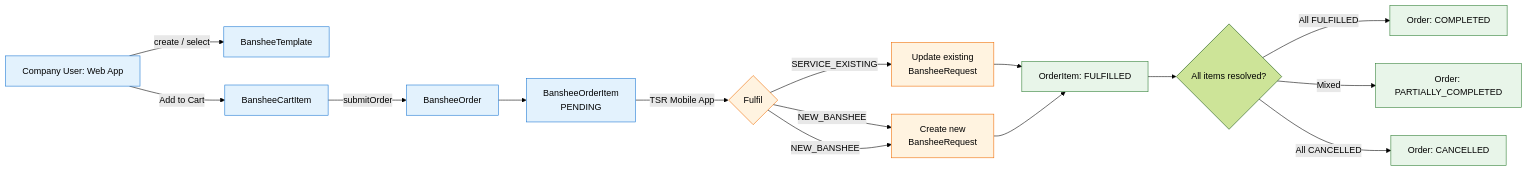
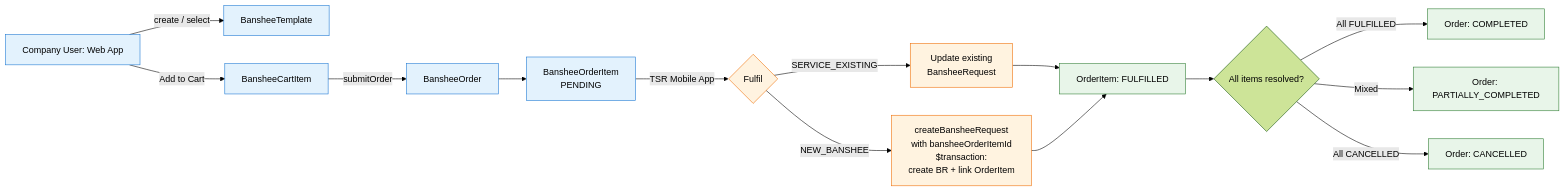
Before and after one commit to omikking/iot-device: the tenth of 21 diagrams in docs/techinal-design-document.md, drawn with Mermaid (forest theme). The commit also changed other lines of this file and 8 other files, not shown here.

````diff
--- a/docs/techinal-design-document.md
+++ b/docs/techinal-design-document.md
@@ -1018,24 +1018,23 @@
 ```mermaid
 flowchart LR
     A[Company User: Web App] -->|create / select| T[BansheeTemplate]
     A -->|Add to Cart| C[BansheeCartItem]
     C -->|submitOrder| O[BansheeOrder]
     O --> OI[BansheeOrderItem<br/>PENDING]
     OI -->|TSR Mobile App| TSR{Fulfil}
     TSR -->|SERVICE_EXISTING| BR1[Update existing<br/>BansheeRequest]
     TSR -->|NEW_BANSHEE| BR2[createBansheeRequest<br/>with bansheeOrderItemId<br/>$transaction:<br/>create BR + link OrderItem]
-    TSR -->|NEW_BANSHEE| BR2[Create new<br/>BansheeRequest]
     BR1 --> F[OrderItem: FULFILLED]
     BR2 --> F
     F --> RC{All items resolved?}
     RC -->|All FULFILLED| OC[Order: COMPLETED]
     RC -->|Mixed| OP[Order: PARTIALLY_COMPLETED]
     RC -->|All CANCELLED| OX[Order: CANCELLED]
 
     classDef company fill:#e3f2fd,stroke:#1976d2;
     classDef tsr fill:#fff3e0,stroke:#ef6c00;
     classDef done fill:#e8f5e9,stroke:#2e7d32;
     class A,T,C,O,OI company;
     class TSR,BR1,BR2 tsr;
     class F,OC,OP,OX done;
 ```
````
